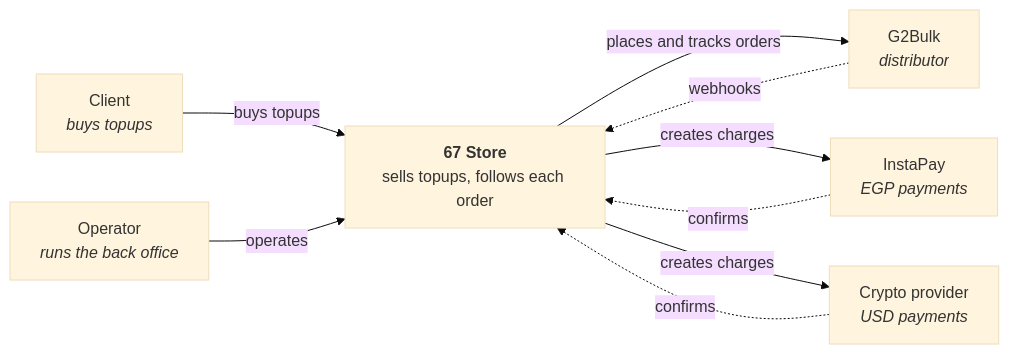
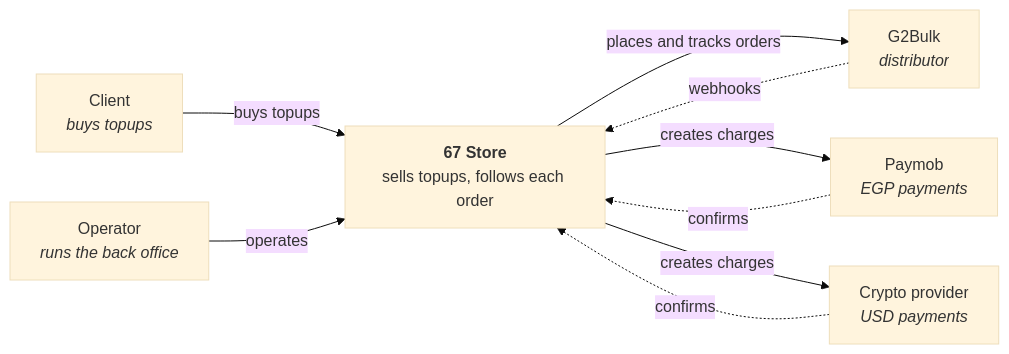
The first of 2 diagrams in docs/02-architecture/01-overview.md (lawaty/67-Store), drawn with Mermaid (base theme) before and after one commit. The commit also changed other lines of this file and 332 other files, not shown here.

````diff
--- a/docs/02-architecture/01-overview.md
+++ b/docs/02-architecture/01-overview.md
@@ -34,17 +34,17 @@
 ```mermaid
 flowchart LR
   C["Client<br/><i>buys topups</i>"]
   O["Operator<br/><i>runs the back office</i>"]
   S["<b>67 Store</b><br/>sells topups, follows each order"]
   G["G2Bulk<br/><i>distributor</i>"]
-  PM["InstaPay<br/><i>EGP payments</i>"]
+  PM["Paymob<br/><i>EGP payments</i>"]
   CR["Crypto provider<br/><i>USD payments</i>"]
   C -->|buys topups| S
   O -->|operates| S
   S -->|places and tracks orders| G
   G -.->|webhooks| S
   S -->|creates charges| PM
   PM -.->|confirms| S
   S -->|creates charges| CR
   CR -.->|confirms| S
 ```
````
